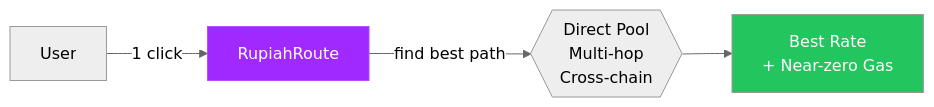
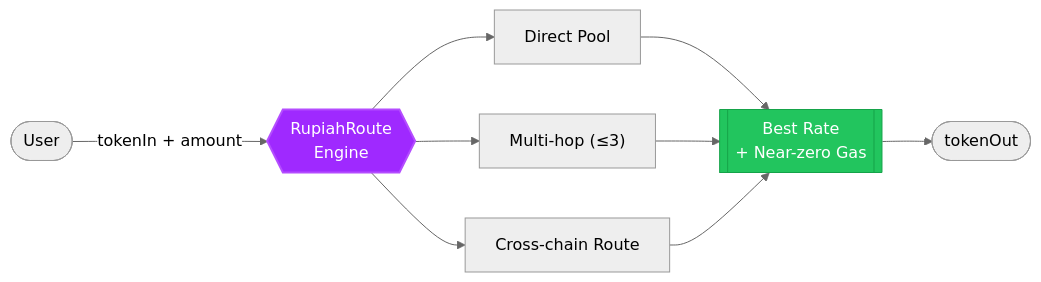
Before and after one commit to EzraNahumury/initia: the first of 7 diagrams in README.md, drawn with Mermaid (neutral theme). The commit also changed other lines of this file and 4 other files, not shown here.

````diff
--- a/README.md
+++ b/README.md
@@ -7,9 +44,14 @@
 ```mermaid
-graph LR
-    User["User"] -->|"1 click"| RR["RupiahRoute"]
-    RR -->|"find best path"| Routes{{"Direct Pool\nMulti-hop\nCross-chain"}}
-    Routes --> Result["Best Rate\n+ Near-zero Gas"]
+flowchart LR
+    U([User]) -->|"tokenIn + amount"| RR{{RupiahRoute<br/>Engine}}
+    RR --> R1["Direct Pool"]
+    RR --> R2["Multi-hop (≤3)"]
+    RR --> R3["Cross-chain Route"]
+    R1 & R2 & R3 --> Best[["Best Rate<br/>+ Near-zero Gas"]]
+    Best --> Out([tokenOut])
 
-    style RR fill:#9f29ff,color:#fff,stroke:#b44dff
-    style Result fill:#22c55e,color:#fff
+    classDef core fill:#9f29ff,color:#fff,stroke:#b44dff,stroke-width:2px
+    classDef good fill:#22c55e,color:#fff,stroke:#16a34a
+    class RR core
+    class Best good
 ```
````
